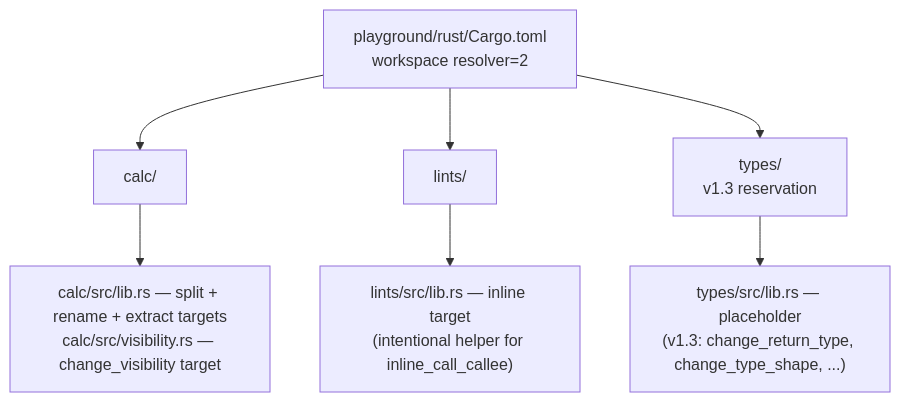
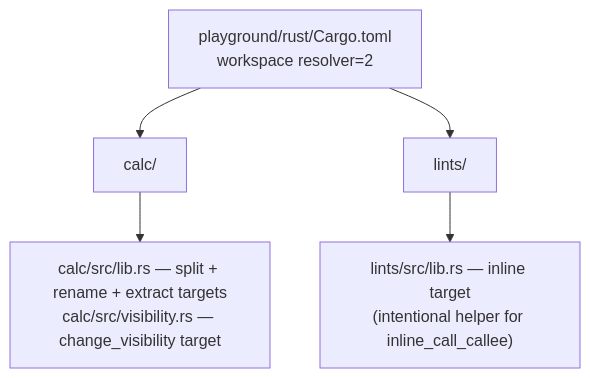
One commit to o2alexanderfedin/o2-scalpel changed the second of 4 diagrams in docs/superpowers/specs/2026-04-28-rust-plugin-e2e-playground-spec.md. Above: the diagram before and after it, drawn with Mermaid. The commit also changed other lines of this file and 1 other file, not shown here.

````diff
--- a/docs/superpowers/specs/2026-04-28-rust-plugin-e2e-playground-spec.md
+++ b/docs/superpowers/specs/2026-04-28-rust-plugin-e2e-playground-spec.md
@@ -144,9 +155,7 @@
 ```mermaid
 graph TD
     R[playground/rust/Cargo.toml<br>workspace resolver=2] --> C[calc/]
     R --> L[lints/]
-    R --> T[types/<br>v1.3 reservation]
     C --> CL["calc/src/lib.rs — split + rename + extract targets<br>calc/src/visibility.rs — change_visibility target"]
     L --> LL["lints/src/lib.rs — inline target<br>(intentional helper for inline_call_callee)"]
-    T --> TL["types/src/lib.rs — placeholder<br>(v1.3: change_return_type, change_type_shape, ...)"]
 ```
````
